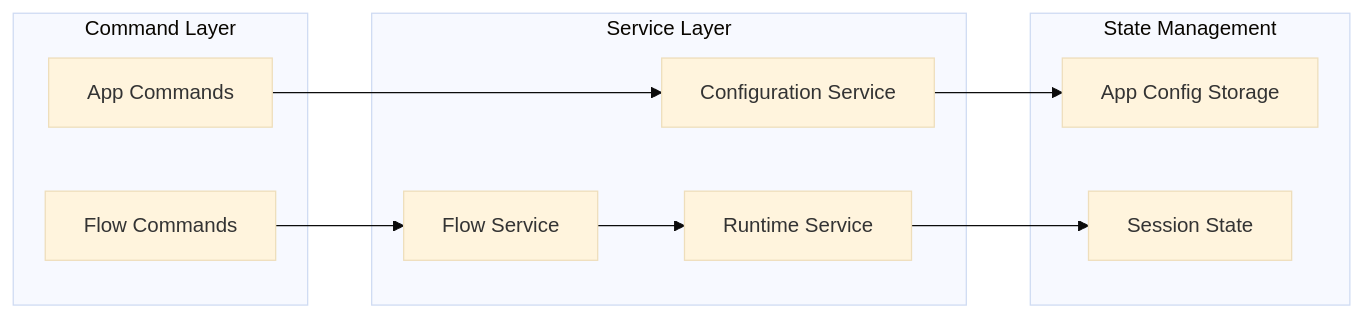
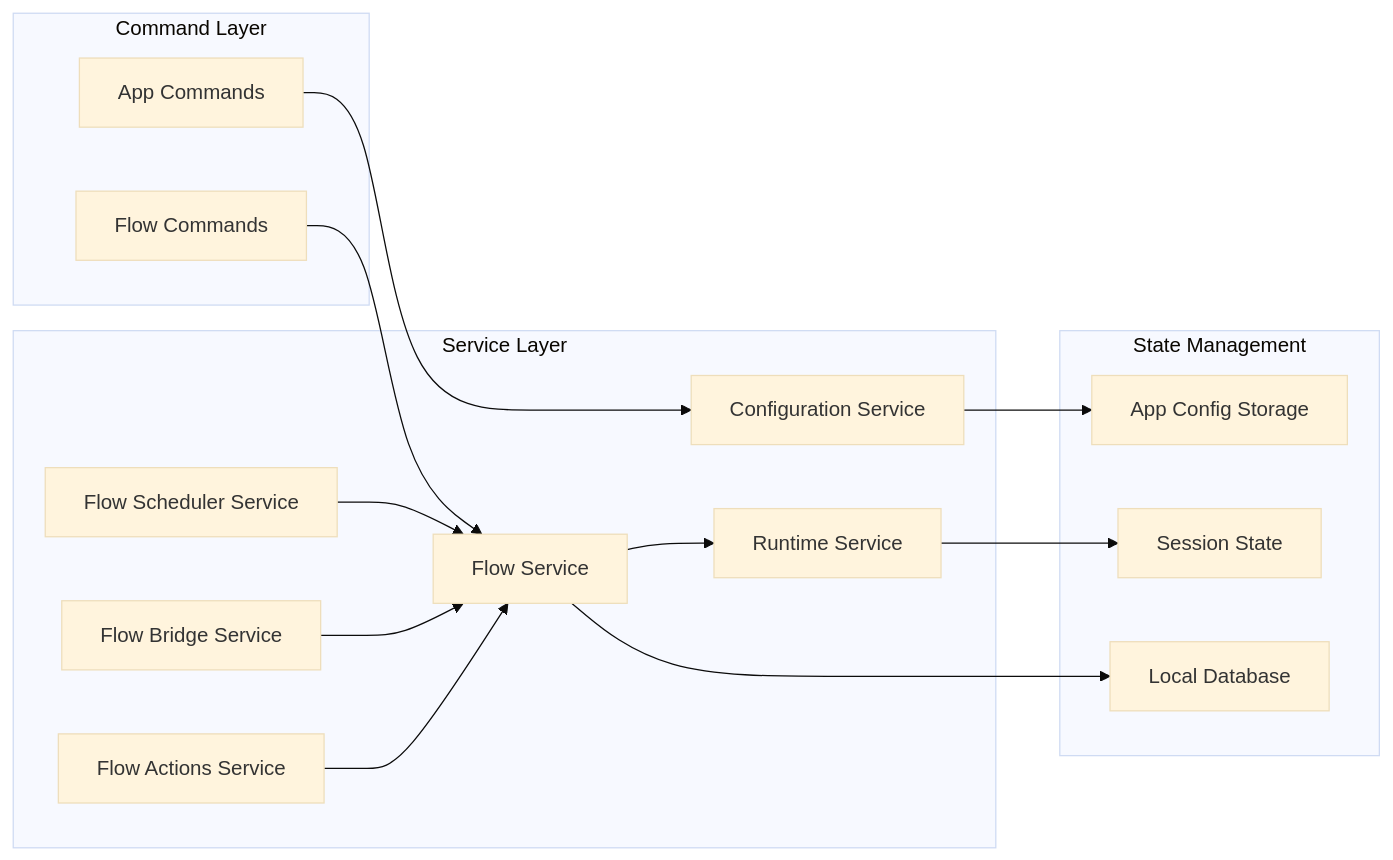
Before and after one commit to sanketnighot/shadow-protocol: diagram 14 of 15 in .qoder/repowiki/en/content/Backend Services Architecture/Wallet & Blockchain Services/Flow Integration Guide.md, drawn with Mermaid (base theme). The commit also changed other lines of this file and 9 other files, not shown here.

First line of the commit message:
feat: Enhance SHADOW Protocol with new Flow and AI services integration

````diff
--- a/.qoder/repowiki/en/content/Backend Services Architecture/Wallet & Blockchain Services/Flow Integration Guide.md
+++ b/.qoder/repowiki/en/content/Backend Services Architecture/Wallet & Blockchain Services/Flow Integration Guide.md
@@ -411,21 +640,29 @@
 ```mermaid
 graph LR
 subgraph "Service Layer"
 ConfigService[Configuration Service]
 FlowService[Flow Service]
+ActionsService[Flow Actions Service]
+BridgeService[Flow Bridge Service]
+SchedulerService[Flow Scheduler Service]
 RuntimeService[Runtime Service]
 end
 subgraph "Command Layer"
 FlowCommands[Flow Commands]
 AppCommands[App Commands]
 end
 subgraph "State Management"
 AppConfig[App Config Storage]
 SessionState[Session State]
+LocalDB[Local Database]
 end
 ConfigService --> AppConfig
 FlowService --> RuntimeService
+ActionsService --> FlowService
+BridgeService --> FlowService
+SchedulerService --> FlowService
 FlowCommands --> FlowService
 AppCommands --> ConfigService
 RuntimeService --> SessionState
+FlowService --> LocalDB
 ```
````
